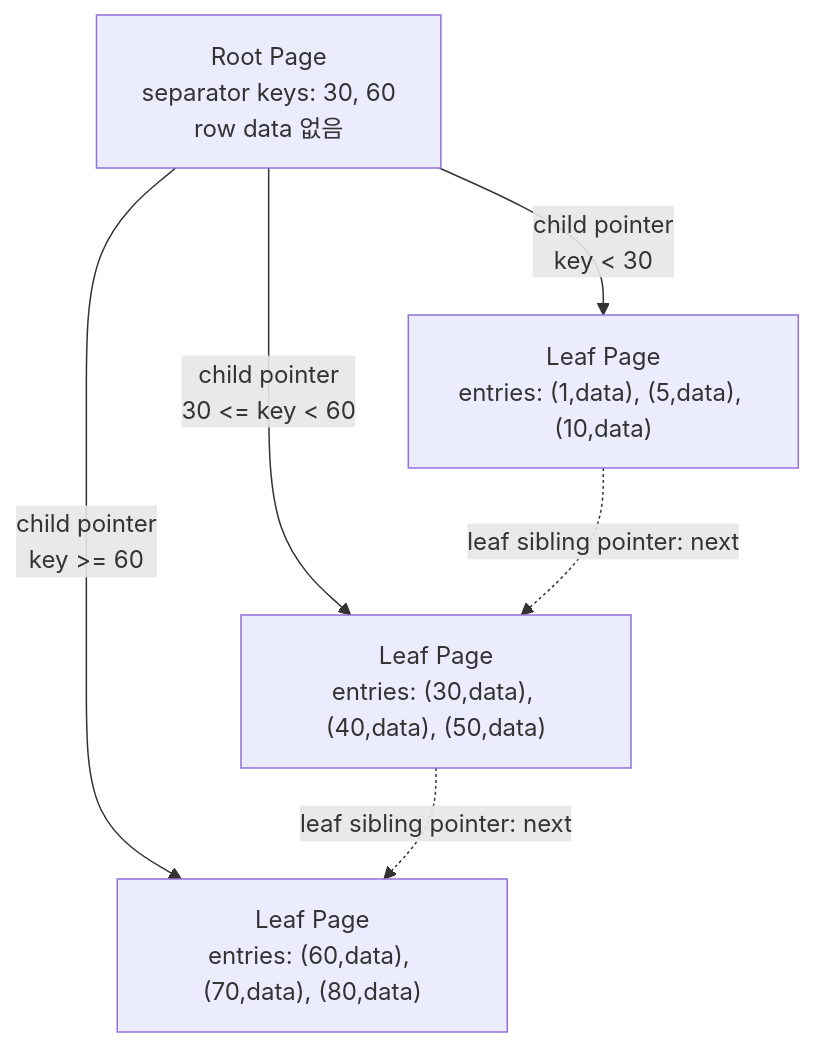
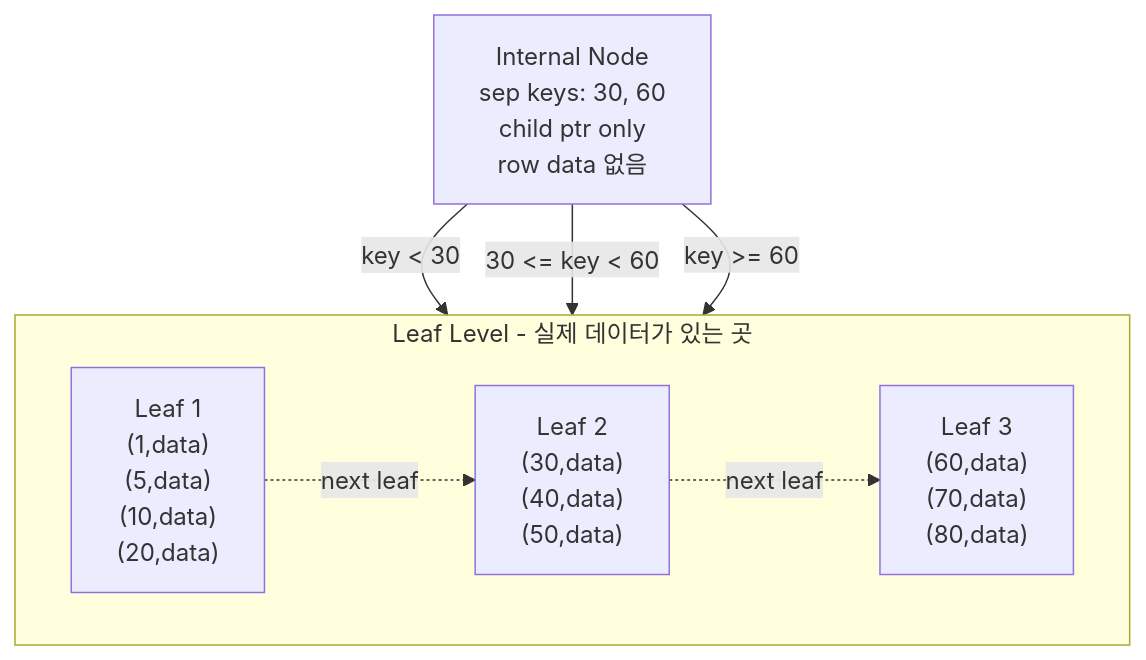
The third of 8 diagrams in docs/db/성능운영/인덱스/B-Tree.md (KROOKIMWOOBIN/study), drawn with Mermaid before and after one commit. The commit also changed other lines of this file, not shown here.

Commit message:
docs: improve btree leaf level diagram

````diff
--- a/docs/db/성능운영/인덱스/B-Tree.md
+++ b/docs/db/성능운영/인덱스/B-Tree.md
@@ -213,14 +218,18 @@
 ```mermaid
-flowchart TD
-    R["Root Page<br/>separator keys: 30, 60<br/>row data 없음"]
-    L1["Leaf Page<br/>entries: (1,data), (5,data), (10,data)"]
-    L2["Leaf Page<br/>entries: (30,data), (40,data), (50,data)"]
-    L3["Leaf Page<br/>entries: (60,data), (70,data), (80,data)"]
+flowchart TB
+    R["Internal Node<br/>sep keys: 30, 60<br/>child ptr only<br/>row data 없음"]
 
-    R -->|"child pointer<br/>key < 30"| L1
-    R -->|"child pointer<br/>30 <= key < 60"| L2
-    R -->|"child pointer<br/>key >= 60"| L3
+    subgraph LEAF["Leaf Level - 실제 데이터가 있는 곳"]
+        direction LR
+        L1["Leaf 1<br/>(1,data)<br/>(5,data)<br/>(10,data)<br/>(20,data)"]
+        L2["Leaf 2<br/>(30,data)<br/>(40,data)<br/>(50,data)"]
+        L3["Leaf 3<br/>(60,data)<br/>(70,data)<br/>(80,data)"]
 
-    L1 -. "leaf sibling pointer: next" .-> L2
-    L2 -. "leaf sibling pointer: next" .-> L3
+        L1 -. "next leaf" .-> L2
+        L2 -. "next leaf" .-> L3
+    end
+
+    R -->|"key < 30"| L1
+    R -->|"30 <= key < 60"| L2
+    R -->|"key >= 60"| L3
 ```
````
